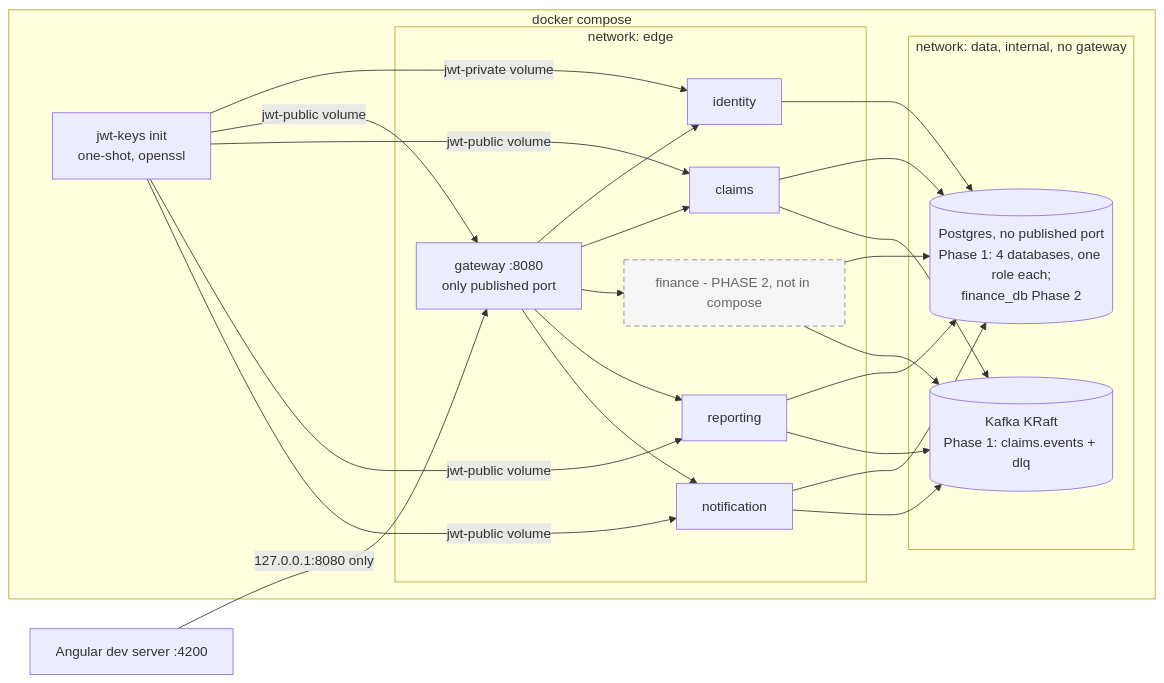
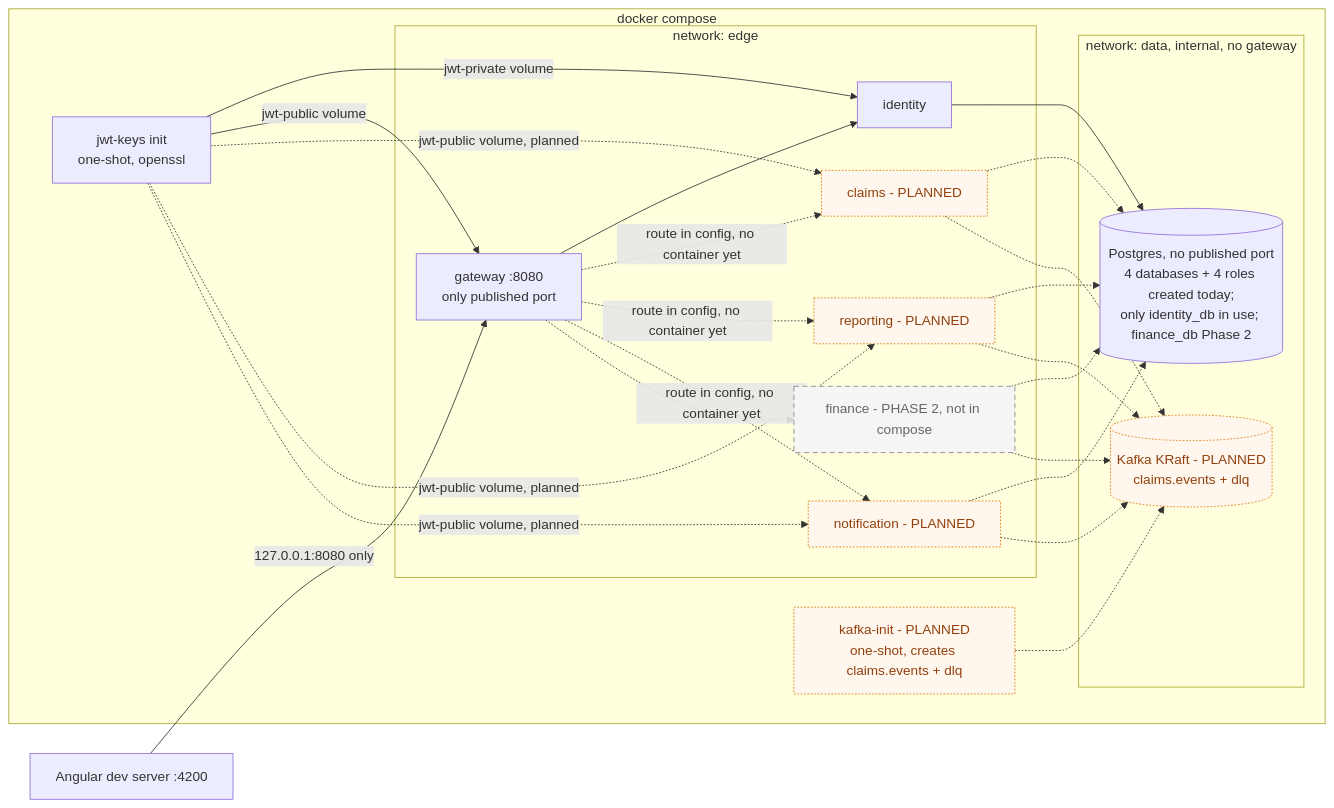
Before and after one commit to ZaimOmar/ChubbBackEnd: the tenth of 10 diagrams in docs/architecture/ARCHITECTURE.md, drawn with Mermaid. The commit also changed other lines of this file and 20 other files, not shown here.

Commit message:
docs: add idempotency rules, Claims specs, ADR-009/010 and phase 1 focus

````diff
--- a/docs/architecture/ARCHITECTURE.md
+++ b/docs/architecture/ARCHITECTURE.md
@@ -593,29 +726,36 @@
 ```mermaid
 flowchart LR
     FE[Angular dev server :4200] -->|127.0.0.1:8080 only| GWc
     subgraph docker compose
         JK[jwt-keys init<br/>one-shot, openssl]
+        KI[kafka-init - PLANNED<br/>one-shot, creates claims.events + dlq]
         subgraph edge[network: edge]
             GWc[gateway :8080<br/>only published port]
             IDc[identity]
-            CLc[claims]
+            CLc[claims - PLANNED]
             FNc[finance - PHASE 2, not in compose]
-            RPc[reporting]
-            NTc[notification]
+            RPc[reporting - PLANNED]
+            NTc[notification - PLANNED]
         end
         subgraph data[network: data, internal, no gateway]
-            PG[(Postgres, no published port<br/>Phase 1: 4 databases, one role each;<br/>finance_db Phase 2)]
-            KF[(Kafka KRaft<br/>Phase 1: claims.events + dlq)]
+            PG[(Postgres, no published port<br/>4 databases + 4 roles created today;<br/>only identity_db in use; finance_db Phase 2)]
+            KF[(Kafka KRaft - PLANNED<br/>claims.events + dlq)]
         end
     end
     JK -->|jwt-private volume| IDc
-    JK -->|jwt-public volume| GWc & CLc & RPc & NTc
-    GWc --> IDc & CLc & FNc & RPc & NTc
-    CLc --> PG & KF
-    FNc --> PG & KF
+    JK -->|jwt-public volume| GWc
+    JK -.->|jwt-public volume, planned| CLc & RPc & NTc
+    GWc --> IDc
+    GWc -.->|route in config, no container yet| CLc & RPc & NTc
+    GWc -.-> FNc
     IDc --> PG
-    RPc --> PG & KF
-    NTc --> PG & KF
+    KI -.-> KF
+    CLc -.-> PG & KF
+    RPc -.-> PG & KF
+    NTc -.-> PG & KF
+    FNc -.-> PG & KF
+    classDef planned stroke-dasharray: 2 2,stroke:#d97706,color:#92400e,fill:#fff7ed
     classDef p2 stroke-dasharray: 6 4,stroke:#888,color:#666,fill:#f5f5f5
+    class CLc,RPc,NTc,KF,KI planned
     class FNc p2
 ```
````
